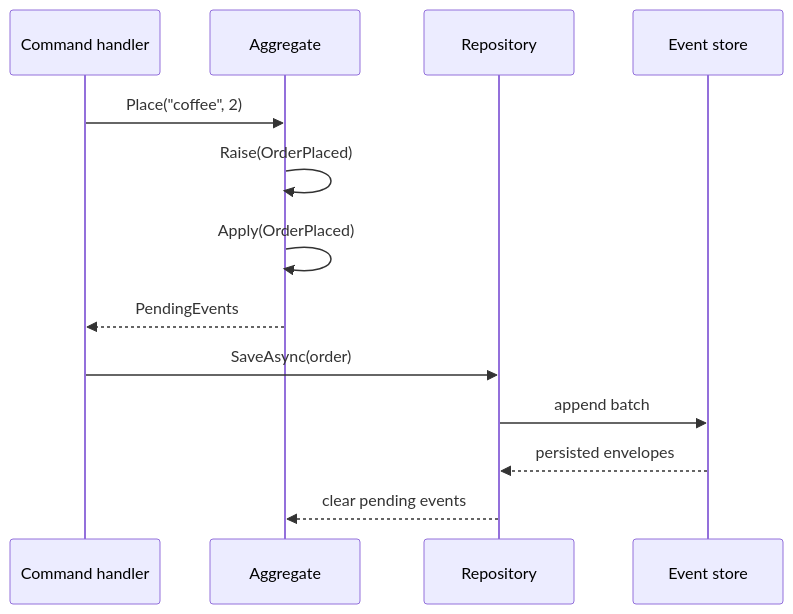
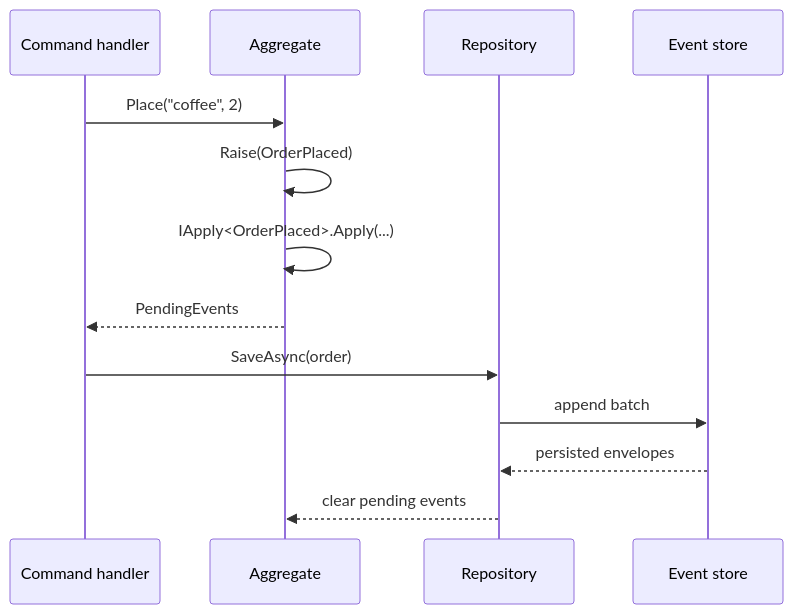
The diagram in docs/src/content/docs/concepts/aggregates-and-events.md (danihengeveld/EventLoom), drawn with Mermaid before and after one commit. The commit also changed other lines of this file and 83 other files, not shown here.

````diff
--- a/docs/src/content/docs/concepts/aggregates-and-events.md
+++ b/docs/src/content/docs/concepts/aggregates-and-events.md
@@ -11,15 +11,15 @@
 ```mermaid
 sequenceDiagram
     participant C as Command handler
     participant A as Aggregate
     participant R as Repository
     participant S as Event store
     C->>A: Place("coffee", 2)
     A->>A: Raise(OrderPlaced)
-    A->>A: Apply(OrderPlaced)
+    A->>A: IApply<OrderPlaced>.Apply(...)
     A-->>C: PendingEvents
     C->>R: SaveAsync(order)
     R->>S: append batch
     S-->>R: persisted envelopes
     R-->>A: clear pending events
 ```
````
